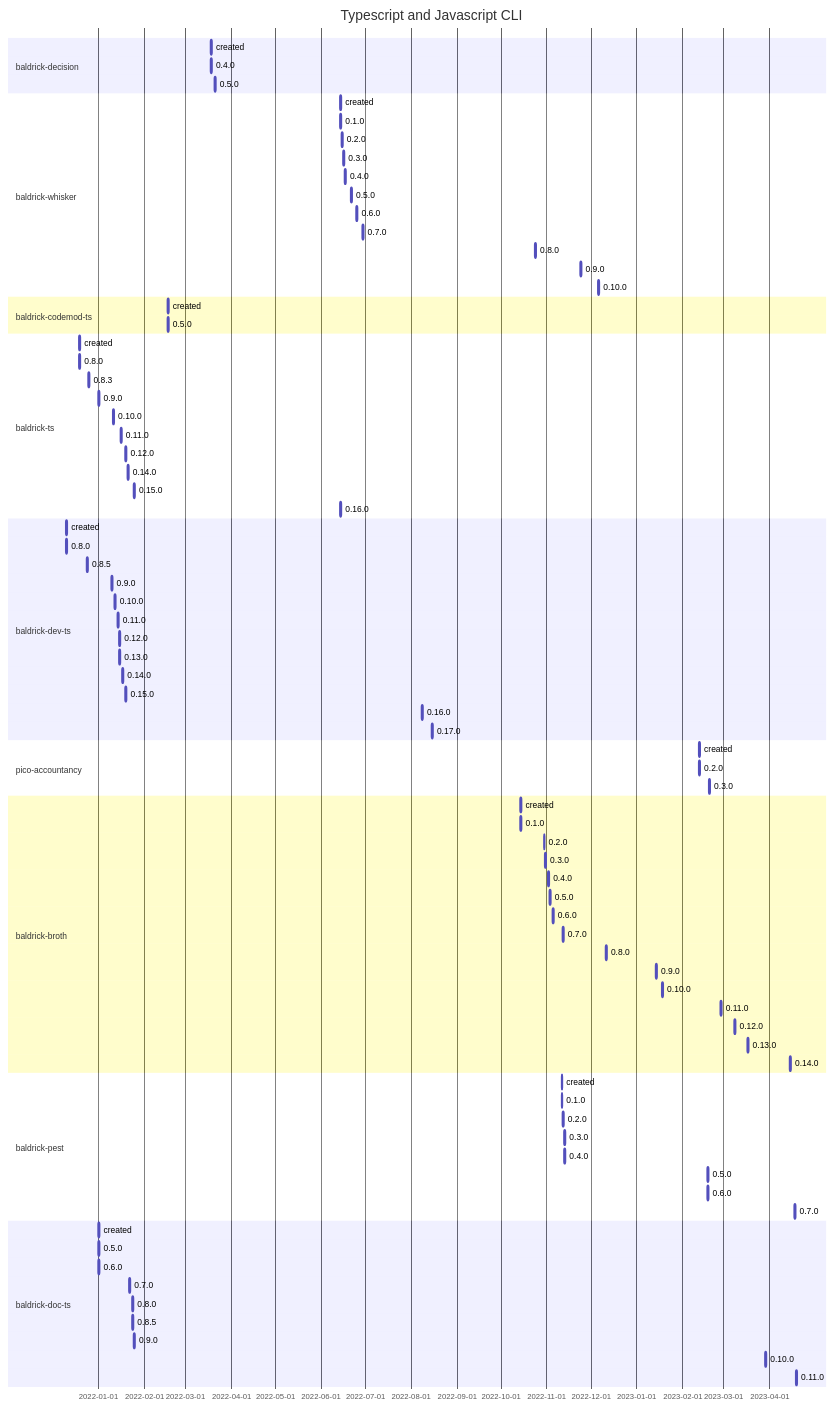
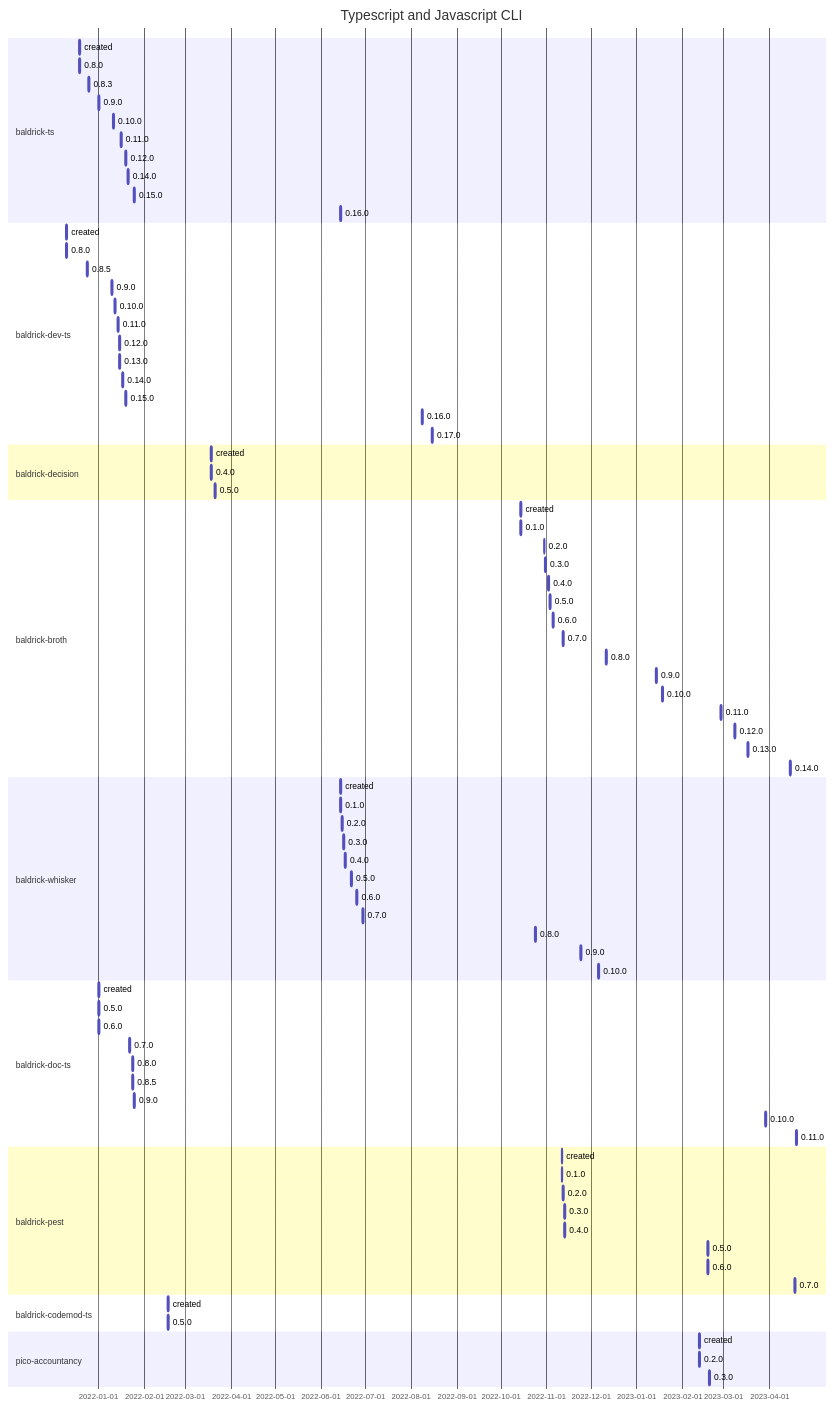
The third of 4 diagrams in SOFTWARE-TIMELINE.md (flarebyte/overview), drawn with Mermaid before and after one commit. The commit also changed other lines of this file and 1 other file, not shown here.

````diff
--- a/SOFTWARE-TIMELINE.md
+++ b/SOFTWARE-TIMELINE.md
@@ -108,31 +108,6 @@
 gantt
     title Typescript and Javascript CLI
     dateFormat  YYYY-MM-DD
-
-    section baldrick-decision
-    created:, 2022-03-18, 1d
-    0.4.0:, 2022-03-18, 1d
-    0.5.0:, 2022-03-21, 1d
-
-
-    section baldrick-whisker
-    created:, 2022-06-14, 1d
-    0.1.0:, 2022-06-14, 1d
-    0.2.0:, 2022-06-15, 1d
-    0.3.0:, 2022-06-16, 1d
-    0.4.0:, 2022-06-17, 1d
-    0.5.0:, 2022-06-21, 1d
-    0.6.0:, 2022-06-25, 1d
-    0.7.0:, 2022-06-29, 1d
-    0.8.0:, 2022-10-24, 1d
-    0.9.0:, 2022-11-24, 1d
-    0.10.0:, 2022-12-06, 1d
-
-
-    section baldrick-codemod-ts
-    created:, 2022-02-17, 1d
-    0.5.0:, 2022-02-17, 1d
-
 
     section baldrick-ts
     created:, 2021-12-19, 1d
@@ -162,10 +137,10 @@
     0.17.0:, 2022-08-15, 1d
 
 
-    section pico-accountancy
-    created:, 2023-02-12, 1d
-    0.2.0:, 2023-02-12, 1d
-    0.3.0:, 2023-02-19, 1d
+    section baldrick-decision
+    created:, 2022-03-18, 1d
+    0.4.0:, 2022-03-18, 1d
+    0.5.0:, 2022-03-21, 1d
 
 
     section baldrick-broth
@@ -186,15 +161,18 @@
     0.14.0:, 2023-04-15, 1d
 
 
-    section baldrick-pest
-    created:, 2022-11-11, 1d
-    0.1.0:, 2022-11-11, 1d
-    0.2.0:, 2022-11-12, 1d
-    0.3.0:, 2022-11-13, 1d
-    0.4.0:, 2022-11-13, 1d
-    0.5.0:, 2023-02-18, 1d
-    0.6.0:, 2023-02-18, 1d
-    0.7.0:, 2023-04-18, 1d
+    section baldrick-whisker
+    created:, 2022-06-14, 1d
+    0.1.0:, 2022-06-14, 1d
+    0.2.0:, 2022-06-15, 1d
+    0.3.0:, 2022-06-16, 1d
+    0.4.0:, 2022-06-17, 1d
+    0.5.0:, 2022-06-21, 1d
+    0.6.0:, 2022-06-25, 1d
+    0.7.0:, 2022-06-29, 1d
+    0.8.0:, 2022-10-24, 1d
+    0.9.0:, 2022-11-24, 1d
+    0.10.0:, 2022-12-06, 1d
 
 
     section baldrick-doc-ts
@@ -208,4 +186,26 @@
     0.10.0:, 2023-03-29, 1d
     0.11.0:, 2023-04-19, 1d
 
+
+    section baldrick-pest
+    created:, 2022-11-11, 1d
+    0.1.0:, 2022-11-11, 1d
+    0.2.0:, 2022-11-12, 1d
+    0.3.0:, 2022-11-13, 1d
+    0.4.0:, 2022-11-13, 1d
+    0.5.0:, 2023-02-18, 1d
+    0.6.0:, 2023-02-18, 1d
+    0.7.0:, 2023-04-18, 1d
+
+
+    section baldrick-codemod-ts
+    created:, 2022-02-17, 1d
+    0.5.0:, 2022-02-17, 1d
+
+
+    section pico-accountancy
+    created:, 2023-02-12, 1d
+    0.2.0:, 2023-02-12, 1d
+    0.3.0:, 2023-02-19, 1d
+
 ```
````
